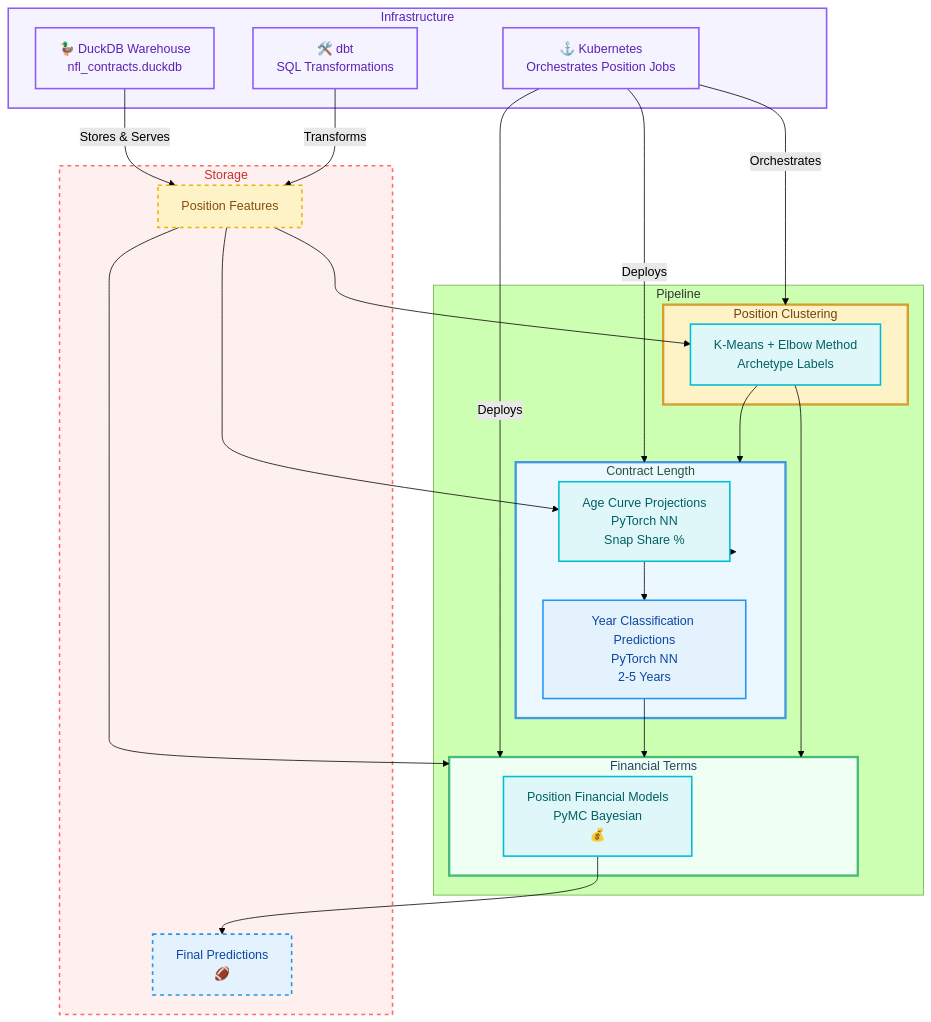
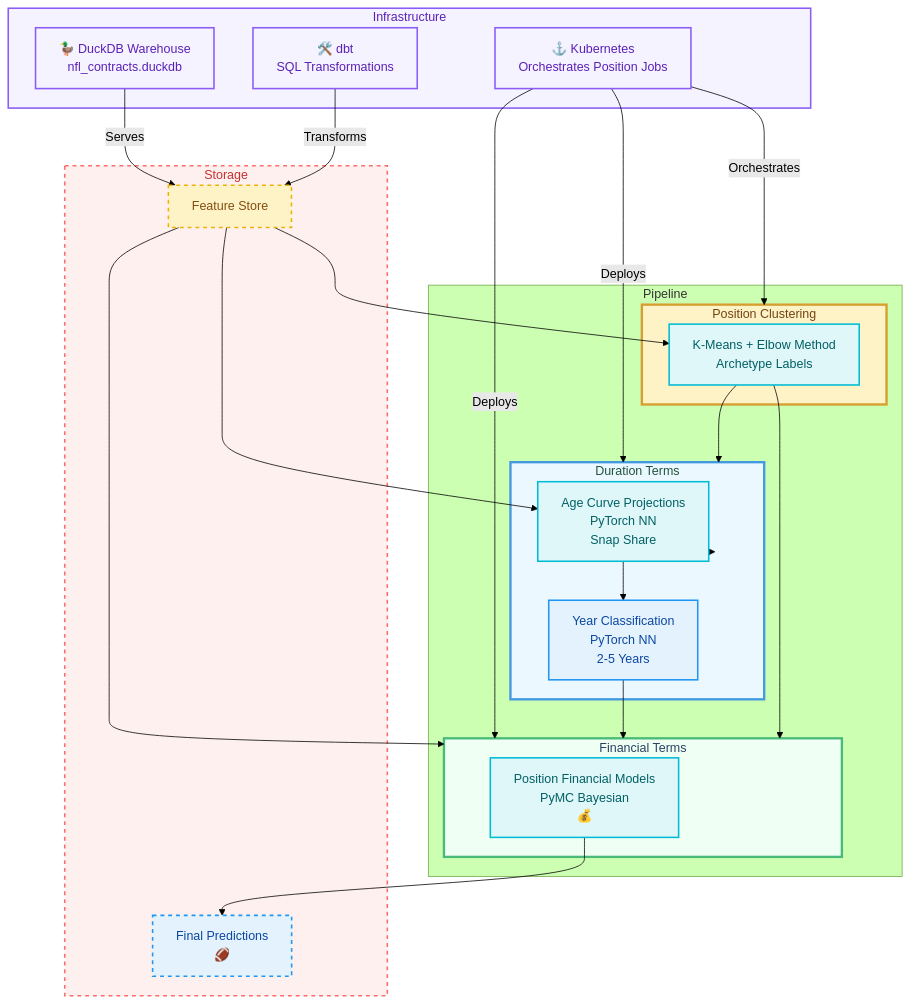
The diagram in README.md (dec1costello/NFL-Market-Value-Analysis), drawn with Mermaid (forest theme) before and after one commit.

Commit message:
Update stage names and features in README

````diff
--- a/README.md
+++ b/README.md
@@ -38,73 +38,73 @@
 ```mermaid
 graph TB
  %% === STYLING ===
     classDef stage1 fill:#fef3c7,stroke:#d69e2e,stroke-width:3px,color:#744210
     classDef stage2 fill:#ebf8ff,stroke:#4299e1,stroke-width:3px,color:#22543d 
     classDef stage3 fill:#f0fff4,stroke:#48bb78,stroke-width:3px,color: #2a4365
     classDef features fill:#fef3c7,stroke:#eab308,stroke-width:2px,color:#854d0e
     classDef model fill:#e0f7fa,stroke:#00bcd4,stroke-width:2px,color:#006064
     classDef output fill:#e3f2fd,stroke:#2196f3,stroke-width:2px,color:#0d47a1
     classDef infra fill:#f5f3ff,stroke:#8b5cf6,stroke-width:2px,color:#5b21b6
     classDef storage fill:#fff0f0,stroke:#FF6B6B,stroke-width:2px,stroke-dasharray:5 5,color:#c53030
 
     %% === INFRASTRUCTURE LAYERS ===
     subgraph INFRA ["Infrastructure"]
         DUCKDB["🦆 DuckDB Warehouse<br/>nfl_contracts.duckdb"]
         K8S["⚓ Kubernetes<br/>Orchestrates Position Jobs"]
         DBT["🛠️ dbt<br/>SQL Transformations"]
     end
 
     %% === DATA FLOW ===
     subgraph DATA_FLOW ["Pipeline"]
         %% === STAGE 1: ARCHETYPE DISCOVERY ===
         subgraph STAGE_1 ["Position Clustering"]
             CLUSTERING["K-Means + Elbow Method<br/>Archetype Labels"]
         end
 
         %% === STAGE 2: YEAR PREDICTION ===
-        subgraph STAGE_2 ["Contract Length"]
-            YEAR_MODELS["Age Curve Projections<br/>PyTorch NN<br/>Snap Share %"]
-            YEAR_PREDS["Year Classification Predictions<br/>PyTorch NN<br/>2-5 Years"]
+        subgraph STAGE_2 ["Duration Terms"]
+            YEAR_MODELS["Age Curve Projections<br/>PyTorch NN<br/>Snap Share"]
+            YEAR_PREDS["Year Classification<br/>PyTorch NN<br/>2-5 Years"]
         end
 
         %% === STAGE 3: FINANCIAL PREDICTION ===
         subgraph STAGE_3 ["Financial Terms"]
             FINANCIAL_MODELS["Position Financial Models<br/>PyMC Bayesian<br/>💰"]
         end
     end
 
     %% === STORAGE LAYER ===
     subgraph STORAGE ["Storage"]
-        FEATURES["Position Features<br/>"]
+        FEATURES["Feature Store<br/>"]
         RESULTS["Final Predictions<br/>🏈"]
     end
 
     %% === CONNECTIONS ===
     %% Infrastructure → Data Flow
-    DUCKDB -->|"Stores & Serves"| FEATURES
+    DUCKDB -->|"Serves"| FEATURES
     DBT -->|"Transforms"| FEATURES
     K8S -->|"Orchestrates"| STAGE_1
     K8S -->|"Deploys"| STAGE_2
     K8S -->|"Deploys"| STAGE_3
 
     %% Data Pipeline Flow
     FEATURES --> CLUSTERING
     CLUSTERING --> STAGE_2
     STAGE_2 --> YEAR_MODELS
     FEATURES --> YEAR_MODELS
     YEAR_MODELS --> YEAR_PREDS
     YEAR_PREDS --> STAGE_3
     CLUSTERING --> STAGE_3
     FEATURES --> STAGE_3
     FINANCIAL_MODELS --> RESULTS
 
     %% === STYLES ===
     class INFRA,DUCKDB,K8S,DBT infra
     class STORAGE,FEATURES,RESULTS storage
     class STAGE_1 stage1
     class STAGE_2 stage2
     class STAGE_3 stage3
     class FEATURES features
     class CLUSTERING,YEAR_MODELS,FINANCIAL_MODELS model
     class ARCHETYPES,YEAR_PREDS,FINANCIAL_PREDS,RESULTS output;
 ```
````
